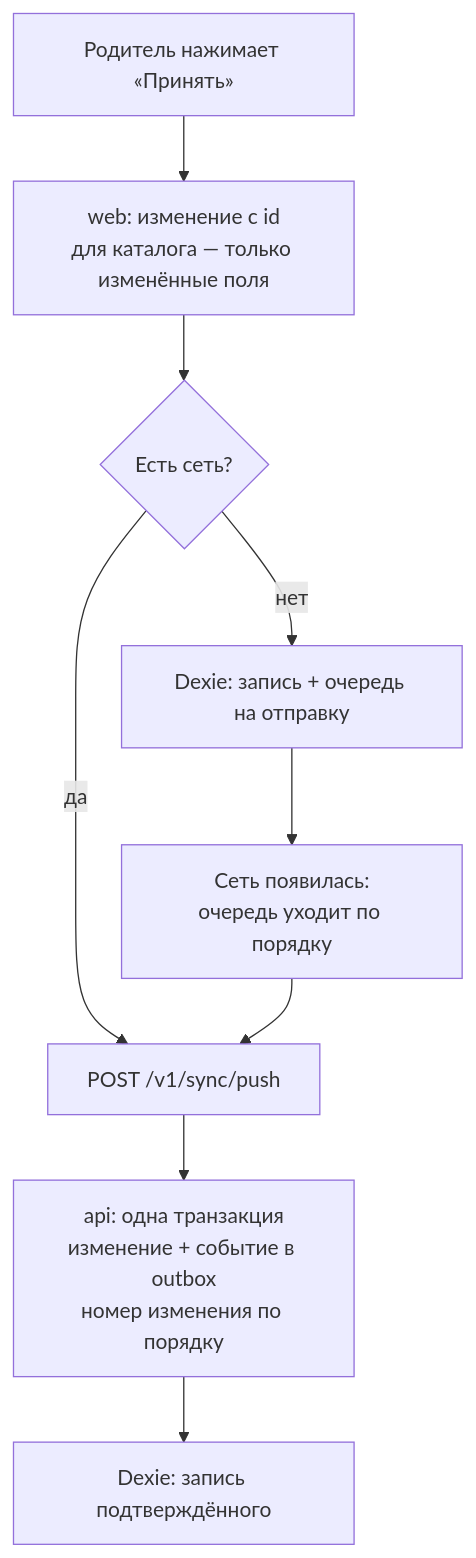
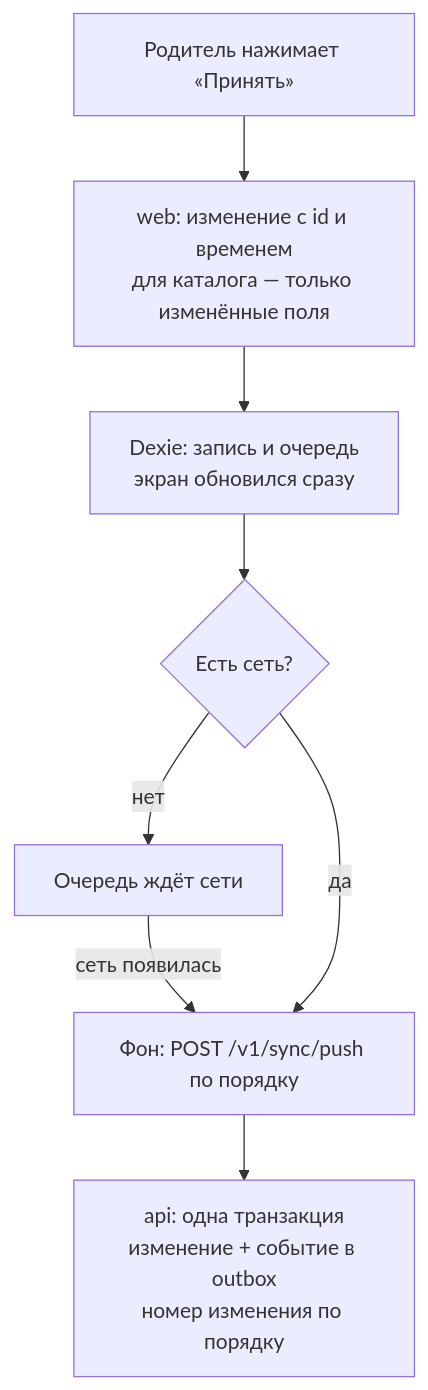
The second of 2 diagrams in adr/001-monorepo.md (SiritosKon/kids-chores), drawn with Mermaid before and after one commit. The commit also changed other lines of this file and 5 other files, not shown here.

````diff
--- a/adr/001-monorepo.md
+++ b/adr/001-monorepo.md
@@ -137,20 +139,18 @@
 ```mermaid
 flowchart TB
   parent["Родитель нажимает «Принять»"]
-  web["web: изменение с id<br/>для каталога — только изменённые поля"]
+  web["web: изменение с id и временем<br/>для каталога — только изменённые поля"]
+  dexie["Dexie: запись и очередь<br/>экран обновился сразу"]
   online{"Есть сеть?"}
-  push["POST /v1/sync/push"]
+  wait["Очередь ждёт сети"]
+  push["Фон: POST /v1/sync/push по порядку"]
   api["api: одна транзакция<br/>изменение + событие в outbox<br/>номер изменения по порядку"]
-  dexie["Dexie: запись подтверждённого"]
-  queue["Dexie: запись + очередь на отправку"]
-  back["Сеть появилась:<br/>очередь уходит по порядку"]
 
   parent --> web
-  web --> online
+  web --> dexie
+  dexie --> online
+  online -->|нет| wait
+  wait -->|сеть появилась| push
   online -->|да| push
   push --> api
-  api --> dexie
-  online -->|нет| queue
-  queue --> back
-  back --> push
 ```
````
